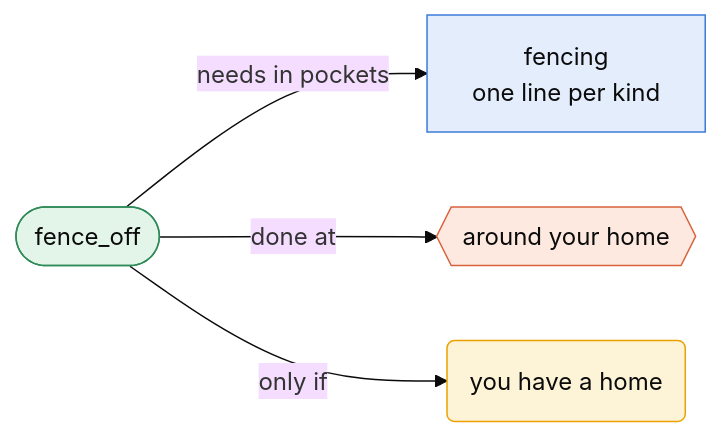
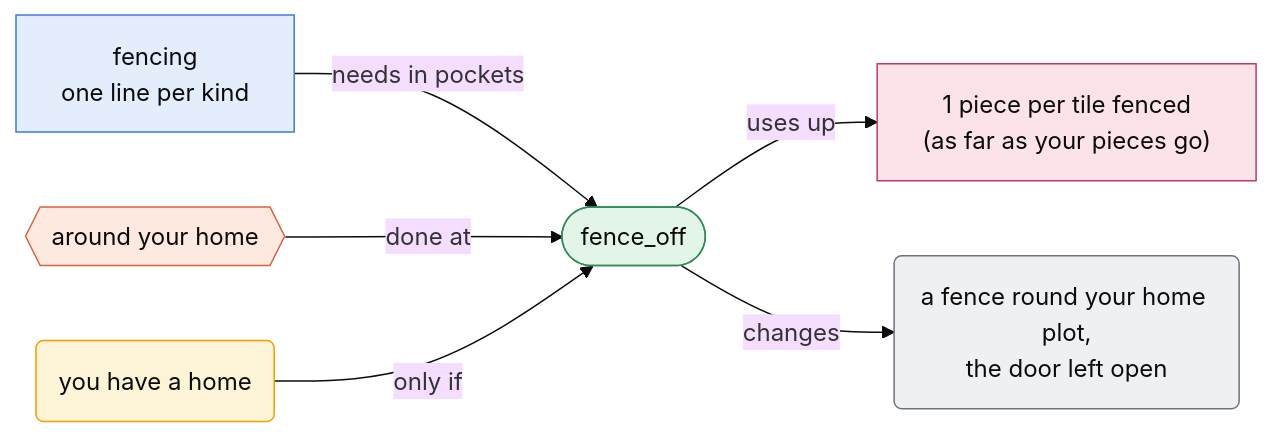
Diagram 16 of 41 in docs/actions.md (harjonillo/multiagent-island), drawn with Mermaid (base theme) before and after one commit. The commit also changed other lines of this file and 9 other files, not shown here.

````diff
--- a/docs/actions.md
+++ b/docs/actions.md
@@ -381,15 +630,22 @@
 ```mermaid
 flowchart LR
     classDef act fill:#e3f4e8,stroke:#2e8b57,color:#0b0b0b
     classDef item fill:#e3edfb,stroke:#3d7bd9,color:#0b0b0b
     classDef place fill:#fde9df,stroke:#d9623d,color:#0b0b0b
     classDef cond fill:#fdf3d6,stroke:#eda100,color:#0b0b0b
+    classDef gain fill:#dff3f1,stroke:#1a8a7d,color:#0b0b0b
+    classDef spend fill:#fbe3e8,stroke:#c0396b,color:#0b0b0b
+    classDef change fill:#eef0f2,stroke:#6b7280,color:#0b0b0b
     A(["fence_off"])
-    A -- "needs in pockets" --> I0["fencing<br/>one line per kind"]
-    A -- "done at" --> P0{{"around your home"}}
-    A -- "only if" --> C0("you have a home")
+    It0["fencing<br/>one line per kind"] -- "needs in pockets" --> A
+    Pl0{{"around your home"}} -- "done at" --> A
+    Co0("you have a home") -- "only if" --> A
+    A -- "uses up" --> Sp0["1 piece per tile fenced<br/>(as far as your pieces go)"]
+    A -- "changes" --> Ch0("a fence round your home plot,<br/>the door left open")
     class A act
-    class I0 item
-    class P0 place
-    class C0 cond
+    class It0 item
+    class Pl0 place
+    class Co0 cond
+    class Sp0 spend
+    class Ch0 change
 ```
````
